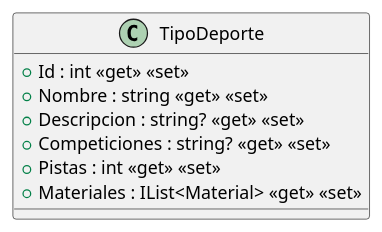
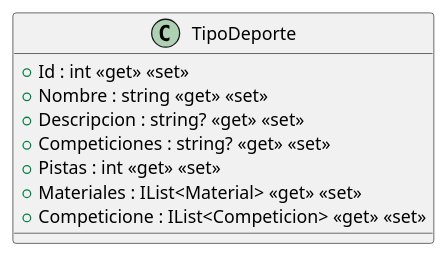
One commit to EQUIPO-AJR-IS-2/ISII2627EquipoAJR changed the diagram in src/AppForSEII.API/ClassDiagram/TipoDeporte.puml. Above: the diagram before and after it, drawn with PlantUML. The commit also changed 4 other files, not shown here.

```diff
--- a/src/AppForSEII.API/ClassDiagram/TipoDeporte.puml
+++ b/src/AppForSEII.API/ClassDiagram/TipoDeporte.puml
@@ -1,10 +1,11 @@
 @startuml
 class TipoDeporte {
     + Id : int <<get>> <<set>>
     + Nombre : string <<get>> <<set>>
     + Descripcion : string? <<get>> <<set>>
     + Competiciones : string? <<get>> <<set>>
     + Pistas : int <<get>> <<set>>
     + Materiales : IList<Material> <<get>> <<set>>
+    + Competicione : IList<Competicion> <<get>> <<set>>
 }
 @enduml
```
